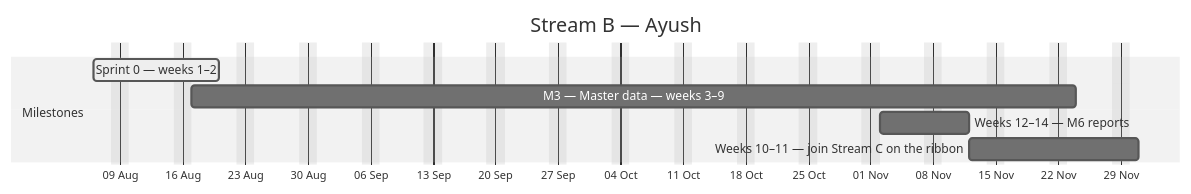
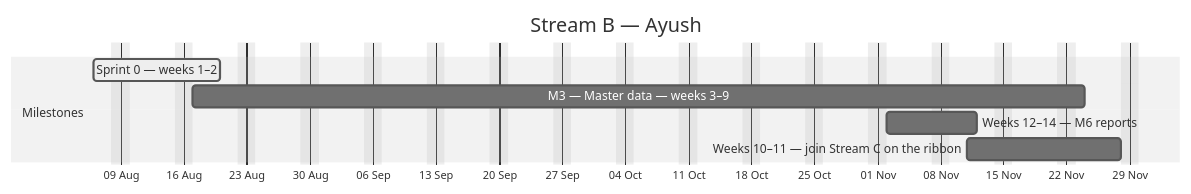
Before and after one commit to debashisedunext/EduTrack: the second of 4 diagrams in docs/plan/GANTT.md, drawn with Mermaid (neutral theme). The commit also changed other lines of this file and 3 other files, not shown here.

````diff
--- a/docs/plan/GANTT.md
+++ b/docs/plan/GANTT.md
@@ -134,12 +139,12 @@
 ```mermaid
 gantt
     dateFormat YYYY-MM-DD
     axisFormat %d %b
     title Stream B — Ayush
     excludes weekends
     section Milestones
     Sprint 0 — weeks 1–2 :active, b0, 2026-08-06, 10d
     M3 — Master data — weeks 3–9 :b1, 2026-08-17, 71d
     Weeks 12–14 — M6 reports :b2, 2026-11-02, 8d
-    Weeks 10–11 — join Stream C on the ribbon :b3, 2026-11-12, 13d
+    Weeks 10–11 — join Stream C on the ribbon :b3, 2026-11-11, 13d
 ```
````
